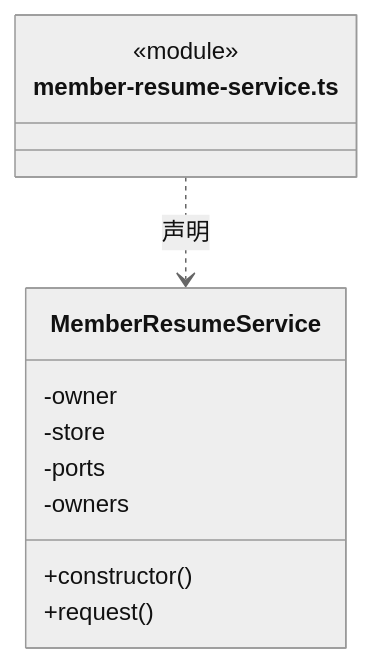
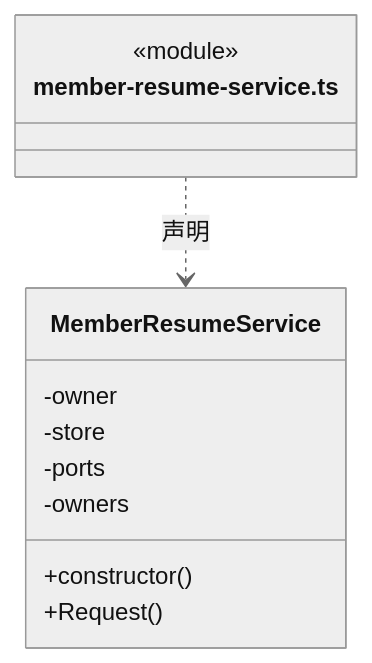
The tenth of 16 diagrams in src/logic/team/runtime/ARCHITECTURE.md (nan023062/cbim), drawn with Mermaid (neutral theme) before and after one commit. The commit also changed other lines of this file and 1035 other files, not shown here.

````diff
--- a/src/logic/team/runtime/ARCHITECTURE.md
+++ b/src/logic/team/runtime/ARCHITECTURE.md
@@ -263,15 +263,15 @@
 ```mermaid
 classDiagram
 class N_src_logic_team_runtime_member_resume_service_ts["member-resume-service.ts"] {
   <<module>>
 }
 class N_src_logic_team_runtime_member_resume_service_ts_MemberResumeService["MemberResumeService"] {
   +constructor()
-  +request()
+  +Request()
   -owner
   -store
   -ports
   -owners
 }
 N_src_logic_team_runtime_member_resume_service_ts ..> N_src_logic_team_runtime_member_resume_service_ts_MemberResumeService : 声明
 ```
````
